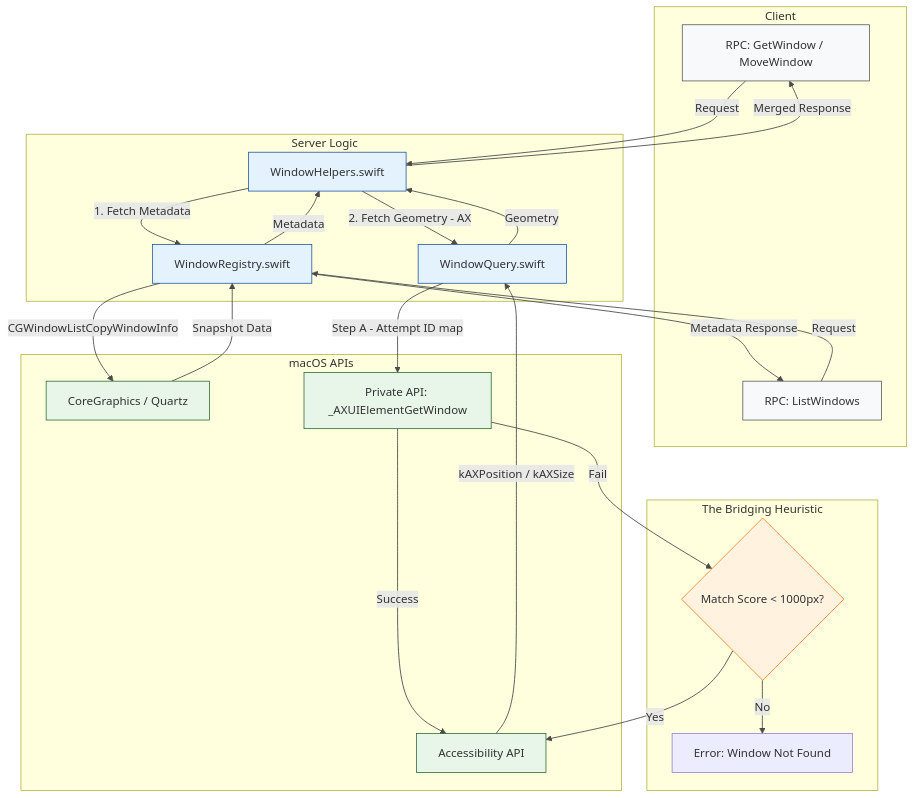
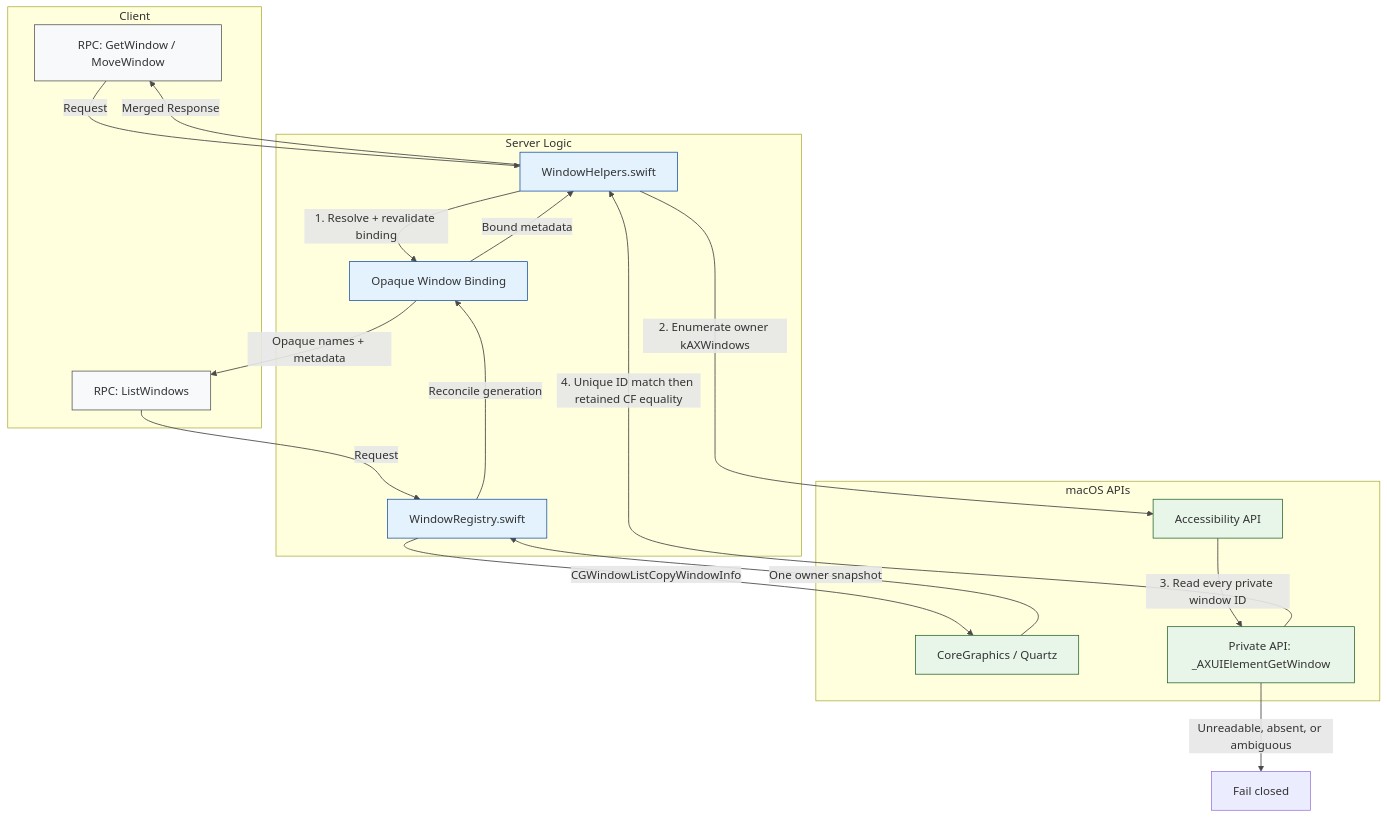
The first of 2 diagrams in docs/window-state-management.md (joeycumines/MacosUseSDK), drawn with Mermaid before and after one commit. The commit also changed other lines of this file and 361 other files, not shown here.

First line of the commit message:
Rework API for owned input transactions and opaque identity

````diff
--- a/docs/window-state-management.md
+++ b/docs/window-state-management.md
@@ -54,60 +55,48 @@
 ```mermaid
 flowchart TD
   %% Styling
   classDef client fill:#f8f9fa,stroke:#4a4a4a,stroke-width:1px;
   classDef server fill:#e3f2fd,stroke:#0d47a1,stroke-width:1px;
   classDef macos fill:#e8f5e9,stroke:#1b5e20,stroke-width:1px;
-  classDef heuristic fill:#fff3e0,stroke:#ff6f00,stroke-width:1px;
 
   subgraph Client[Client]
     RPC_Get[RPC: GetWindow / MoveWindow]
     RPC_List[RPC: ListWindows]
   end
   class RPC_Get,RPC_List client;
 
   subgraph Server_Logic[Server Logic]
     WH[WindowHelpers.swift]
     WR[WindowRegistry.swift]
-    WQ[WindowQuery.swift]
+    Binding[Opaque Window Binding]
   end
-  class WH,WR,WQ server;
+  class WH,WR,Binding server;
 
   subgraph macOS_APIs[macOS APIs]
     Quartz[CoreGraphics / Quartz]
     AX[Accessibility API]
     P_API[Private API: _AXUIElementGetWindow]
   end
   class Quartz,AX,P_API macos;
 
   %% ListWindows (fast path)
   RPC_List -->|Request| WR
   WR -->|CGWindowListCopyWindowInfo| Quartz
-  Quartz -->|Snapshot Data| WR
-  WR -->|Metadata Response| RPC_List
+  Quartz -->|One owner snapshot| WR
+  WR -->|Reconcile generation| Binding
+  Binding -->|Opaque names + metadata| RPC_List
 
   %% GetWindow / Mutation (correctness path)
   RPC_Get -->|Request| WH
-  WH -->|1. Fetch Metadata| WR
-  WH -->|2. Fetch Geometry - AX| WQ
-
-  %% Bridging: Private API first, heuristic second
-  WQ -->|Step A - Attempt ID map| P_API
-  P_API -- Success --> AX
-  P_API -- Fail --> Heuristic
-
-  subgraph Heuristics[The Bridging Heuristic]
-    Heuristic{Match Score < 1000px?}
-    Heuristic -- Yes --> AX
-    Heuristic -- No --> NotFound[Error: Window Not Found]
-  end
-  class Heuristic heuristic;
-
-  AX -->|kAXPosition / kAXSize| WQ
+  WH -->|1. Resolve + revalidate binding| Binding
+  WH -->|2. Enumerate owner kAXWindows| AX
+  AX -->|3. Read every private window ID| P_API
+  P_API -->|4. Unique ID match then retained CF equality| WH
+  P_API -->|Unreadable, absent, or ambiguous| NotFound[Fail closed]
 
   %% Merge and respond
-  WQ -->|Geometry| WH
-  WR -->|Metadata| WH
+  Binding -->|Bound metadata| WH
   WH -->|Merged Response| RPC_Get
   %% visual tweaks
   linkStyle default stroke:#4a4a4a,stroke-width:1.2px;
 ```
````
